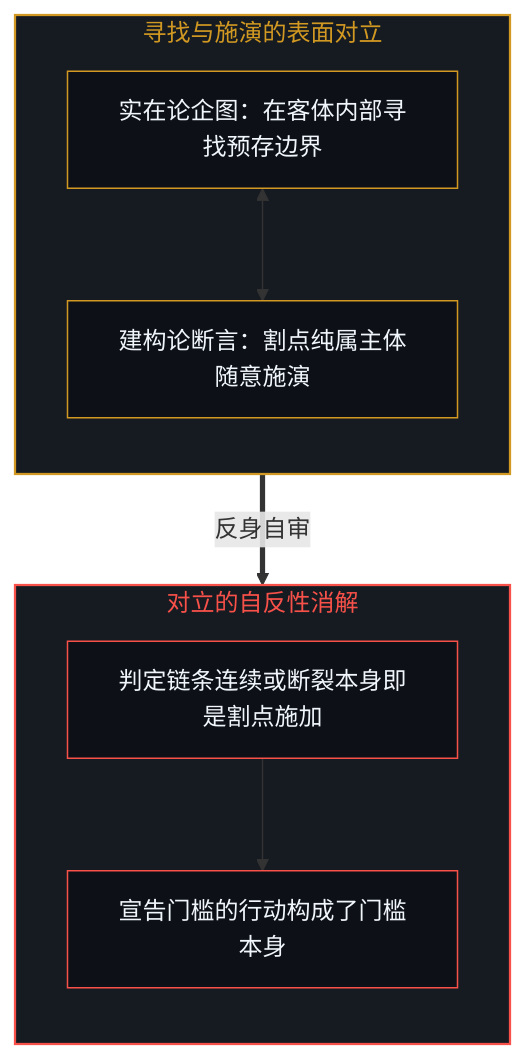
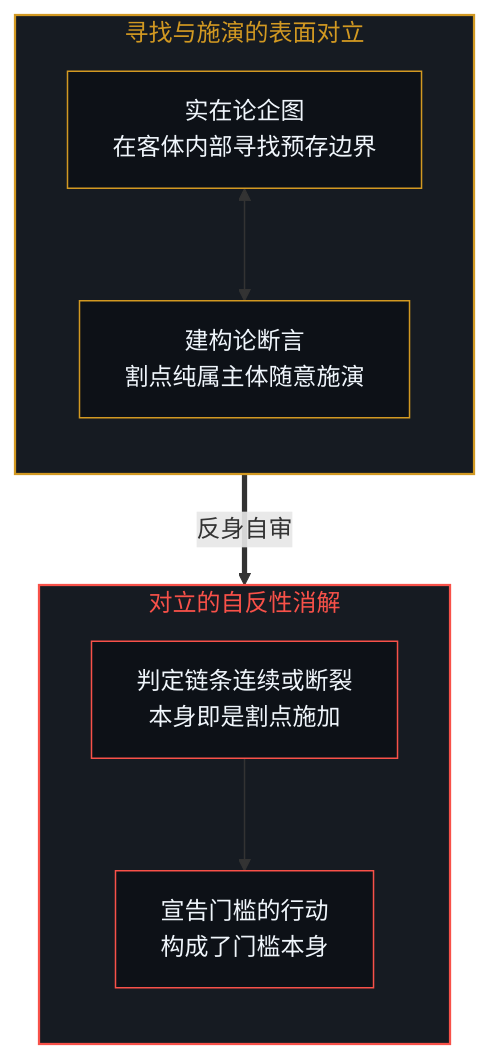
One commit to powerpig99/not-a-toe changed the fifth of 8 diagrams in content/posts/consciousness-ascription-and-the-quantum-cut.md. Above: the diagram before and after it, drawn with Mermaid. The commit also changed other lines of this file and 2 other files, not shown here.

````diff
--- a/content/posts/consciousness-ascription-and-the-quantum-cut.md
+++ b/content/posts/consciousness-ascription-and-the-quantum-cut.md
@@ -165,24 +165,24 @@
 ```mermaid
 flowchart TD
     subgraph S_DICHOTOMY_ZH ["寻找与施演的表面对立"]
         direction TB
         style S_DICHOTOMY_ZH fill:#161b22,stroke:#d29922,stroke-width:1.5px,color:#d29922
-        D_Find["实在论企图：在客体内部寻找预存边界"]
-        D_Perform["建构论断言：割点纯属主体随意施演"]
+        D_Find["实在论企图<br/>在客体内部寻找预存边界"]
+        D_Perform["建构论断言<br/>割点纯属主体随意施演"]
         D_Find <--> D_Perform
         style D_Find fill:#0d1117,stroke:#d29922,stroke-width:1px,color:#f0f6fc
         style D_Perform fill:#0d1117,stroke:#d29922,stroke-width:1px,color:#f0f6fc
     end
 
     subgraph S_ENACT_ZH ["对立的自反性消解"]
         direction TB
         style S_ENACT_ZH fill:#161b22,stroke:#f85149,stroke-width:1.5px,color:#f85149
-        E_Loop["判定链条连续或断裂本身即是割点施加"]
-        E_Threshold["宣告门槛的行动构成了门槛本身"]
+        E_Loop["判定链条连续或断裂<br/>本身即是割点施加"]
+        E_Threshold["宣告门槛的行动<br/>构成了门槛本身"]
         E_Loop --> E_Threshold
         style E_Loop fill:#0d1117,stroke:#f85149,stroke-width:1px,color:#f0f6fc
         style E_Threshold fill:#0d1117,stroke:#f85149,stroke-width:1px,color:#f0f6fc
     end
 
     D_Find ==>|"反身自审"| E_Loop
 ```
````
